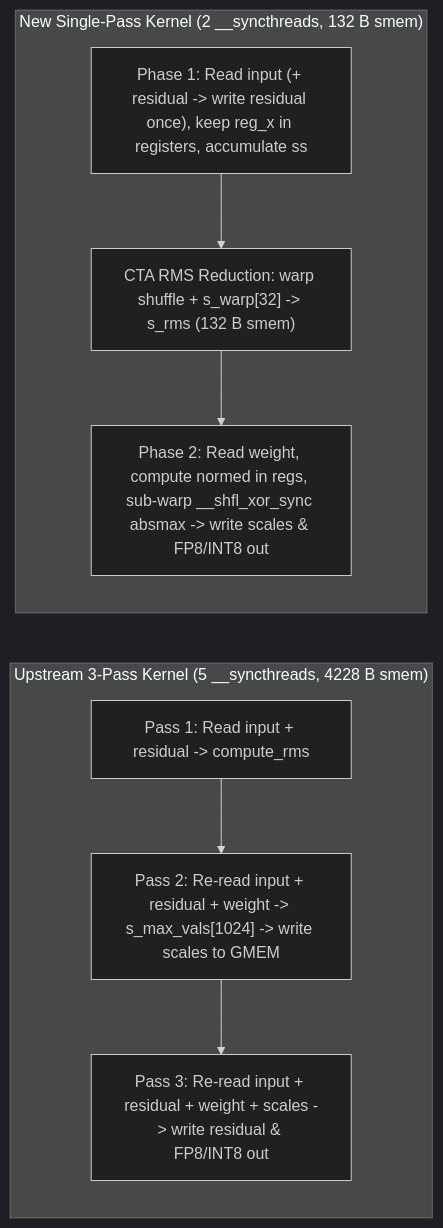
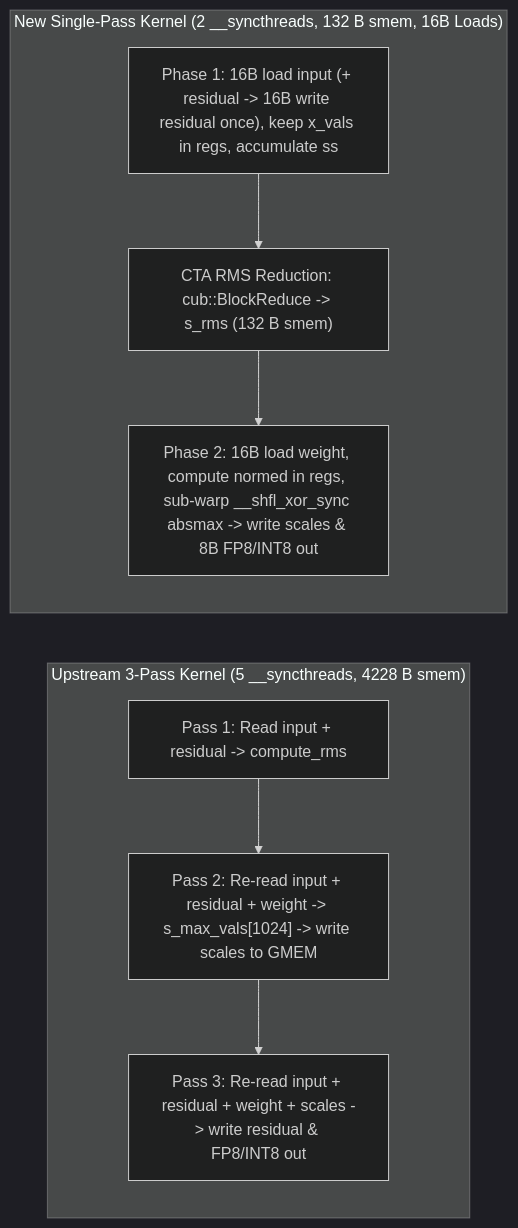
Before and after one commit to yuguo-Jack/HCU-TrainFlow: the diagram in knowledge/projects/vllm/knowledgebase/upstream/prs/vllm-project--vllm/PR-62514.md, drawn with Mermaid (dark theme). The commit also changed other lines of this file and 42044 other files, not shown here.

````diff
--- a/knowledge/projects/vllm/knowledgebase/upstream/prs/vllm-project--vllm/PR-62514.md
+++ b/knowledge/projects/vllm/knowledgebase/upstream/prs/vllm-project--vllm/PR-62514.md
@@ -47,14 +47,14 @@
 ```mermaid
 flowchart LR
     subgraph Old["Upstream 3-Pass Kernel (5 __syncthreads, 4228 B smem)"]
         direction TB
         O1["Pass 1: Read input + residual -> compute_rms"] --> O2["Pass 2: Re-read input + residual + weight -> s_max_vals[1024] -> write scales to GMEM"]
         O2 --> O3["Pass 3: Re-read input + residual + weight + scales -> write residual & FP8/INT8 out"]
     end
 
-    subgraph New["New Single-Pass Kernel (2 __syncthreads, 132 B smem)"]
+    subgraph New["New Single-Pass Kernel (2 __syncthreads, 132 B smem, 16B Loads)"]
         direction TB
-        N1["Phase 1: Read input (+ residual -> write residual once), keep reg_x in registers, accumulate ss"] --> N2["CTA RMS Reduction: warp shuffle + s_warp[32] -> s_rms (132 B smem)"]
-        N2 --> N3["Phase 2: Read weight, compute normed in regs, sub-warp __shfl_xor_sync absmax -> write scales & FP8/INT8 out"]
+        N1["Phase 1: 16B load input (+ residual -> 16B write residual once), keep x_vals in regs, accumulate ss"] --> N2["CTA RMS Reduction: cub::BlockReduce<float, 1024> -> s_rms (132 B smem)"]
+        N2 --> N3["Phase 2: 16B load weight, compute normed in regs, sub-warp __shfl_xor_sync absmax -> write scales & 8B FP8/INT8 out"]
     end
 ```
````
